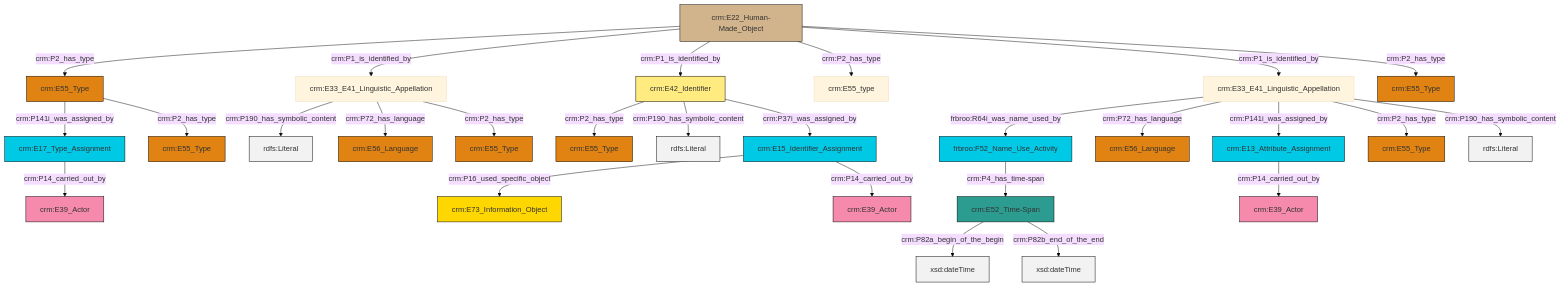
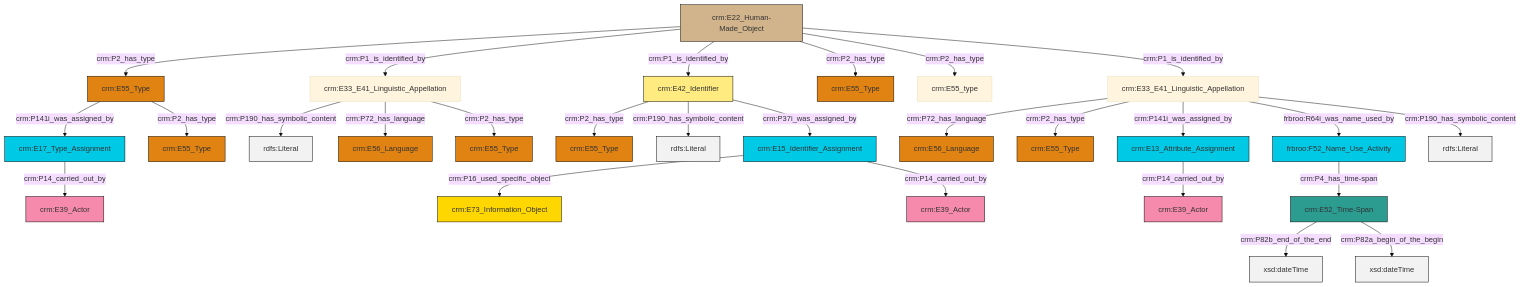
The diagram in et/builtWorkCSV/ttl/mmd/Built_Work_Names.ttl.mmd (swiss-art-research-net/reference-data-models), drawn with Mermaid (base theme) before and after one commit. The commit also changed 127 other files, not shown here.

```diff
--- a/et/builtWorkCSV/ttl/mmd/Built_Work_Names.ttl.mmd
+++ b/et/builtWorkCSV/ttl/mmd/Built_Work_Names.ttl.mmd
@@ -1,41 +1,41 @@
 graph TD
 classDef Literal fill:#f2f2f2,stroke:#000000;
 classDef CRM_Entity fill:#FFFFFF,stroke:#000000;
 classDef Temporal_Entity fill:#00C9E6, stroke:#000000;
 classDef Type fill:#E18312, stroke:#000000;
 classDef Time-Span fill:#2C9C91, stroke:#000000;
 classDef Appellation fill:#FFEB7F, stroke:#000000;
 classDef Place fill:#008836, stroke:#000000;
 classDef Persistent_Item fill:#B266B2, stroke:#000000;
 classDef Conceptual_Object fill:#FFD700, stroke:#000000;
 classDef Physical_Thing fill:#D2B48C, stroke:#000000;
 classDef Actor fill:#f58aad, stroke:#000000;
 classDef PC_Classes fill:#4ce600, stroke:#000000;
 classDef Multi fill:#cccccc,stroke:#000000;
 
-0["crm:E33_E41_Linguistic_Appellation"]:::Default -->|frbroo:R64i_was_name_used_by| 1["frbroo:F52_Name_Use_Activity"]:::Temporal_Entity
-1["frbroo:F52_Name_Use_Activity"]:::Temporal_Entity -->|crm:P4_has_time-span| 4["crm:E52_Time-Span"]:::Time-Span
-5["crm:E13_Attribute_Assignment"]:::Temporal_Entity -->|crm:P14_carried_out_by| 6["crm:E39_Actor"]:::Actor
-0["crm:E33_E41_Linguistic_Appellation"]:::Default -->|crm:P72_has_language| 7["crm:E56_Language"]:::Type
-0["crm:E33_E41_Linguistic_Appellation"]:::Default -->|crm:P141i_was_assigned_by| 5["crm:E13_Attribute_Assignment"]:::Temporal_Entity
-8["crm:E33_E41_Linguistic_Appellation"]:::Default -->|crm:P190_has_symbolic_content| 9[rdfs:Literal]:::Literal
-2["crm:E17_Type_Assignment"]:::Temporal_Entity -->|crm:P14_carried_out_by| 10["crm:E39_Actor"]:::Actor
-11["crm:E22_Human-Made_Object"]:::Physical_Thing -->|crm:P2_has_type| 12["crm:E55_Type"]:::Type
-0["crm:E33_E41_Linguistic_Appellation"]:::Default -->|crm:P2_has_type| 14["crm:E55_Type"]:::Type
-11["crm:E22_Human-Made_Object"]:::Physical_Thing -->|crm:P1_is_identified_by| 8["crm:E33_E41_Linguistic_Appellation"]:::Default
-16["crm:E42_Identifier"]:::Appellation -->|crm:P2_has_type| 17["crm:E55_Type"]:::Type
-11["crm:E22_Human-Made_Object"]:::Physical_Thing -->|crm:P1_is_identified_by| 16["crm:E42_Identifier"]:::Appellation
-18["crm:E15_Identifier_Assignment"]:::Temporal_Entity -->|crm:P16_used_specific_object| 19["crm:E73_Information_Object"]:::Conceptual_Object
-11["crm:E22_Human-Made_Object"]:::Physical_Thing -->|crm:P2_has_type| 23["crm:E55_type"]:::Default
-8["crm:E33_E41_Linguistic_Appellation"]:::Default -->|crm:P72_has_language| 24["crm:E56_Language"]:::Type
-8["crm:E33_E41_Linguistic_Appellation"]:::Default -->|crm:P2_has_type| 26["crm:E55_Type"]:::Type
-18["crm:E15_Identifier_Assignment"]:::Temporal_Entity -->|crm:P14_carried_out_by| 20["crm:E39_Actor"]:::Actor
-16["crm:E42_Identifier"]:::Appellation -->|crm:P190_has_symbolic_content| 30[rdfs:Literal]:::Literal
-11["crm:E22_Human-Made_Object"]:::Physical_Thing -->|crm:P1_is_identified_by| 0["crm:E33_E41_Linguistic_Appellation"]:::Default
-0["crm:E33_E41_Linguistic_Appellation"]:::Default -->|crm:P190_has_symbolic_content| 31[rdfs:Literal]:::Literal
-12["crm:E55_Type"]:::Type -->|crm:P141i_was_assigned_by| 2["crm:E17_Type_Assignment"]:::Temporal_Entity
-12["crm:E55_Type"]:::Type -->|crm:P2_has_type| 34["crm:E55_Type"]:::Type
-4["crm:E52_Time-Span"]:::Time-Span -->|crm:P82a_begin_of_the_begin| 38[xsd:dateTime]:::Literal
-11["crm:E22_Human-Made_Object"]:::Physical_Thing -->|crm:P2_has_type| 39["crm:E55_Type"]:::Type
-4["crm:E52_Time-Span"]:::Time-Span -->|crm:P82b_end_of_the_end| 44[xsd:dateTime]:::Literal
-16["crm:E42_Identifier"]:::Appellation -->|crm:P37i_was_assigned_by| 18["crm:E15_Identifier_Assignment"]:::Temporal_Entity
+0["crm:E22_Human-Made_Object"]:::Physical_Thing -->|crm:P2_has_type| 1["crm:E55_Type"]:::Type
+4["crm:E42_Identifier"]:::Appellation -->|crm:P2_has_type| 5["crm:E55_Type"]:::Type
+12["crm:E33_E41_Linguistic_Appellation"]:::Default -->|crm:P190_has_symbolic_content| 13[rdfs:Literal]:::Literal
+18["crm:E33_E41_Linguistic_Appellation"]:::Default -->|crm:P72_has_language| 19["crm:E56_Language"]:::Type
+0["crm:E22_Human-Made_Object"]:::Physical_Thing -->|crm:P1_is_identified_by| 12["crm:E33_E41_Linguistic_Appellation"]:::Default
+18["crm:E33_E41_Linguistic_Appellation"]:::Default -->|crm:P2_has_type| 20["crm:E55_Type"]:::Type
+12["crm:E33_E41_Linguistic_Appellation"]:::Default -->|crm:P72_has_language| 22["crm:E56_Language"]:::Type
+0["crm:E22_Human-Made_Object"]:::Physical_Thing -->|crm:P1_is_identified_by| 4["crm:E42_Identifier"]:::Appellation
+8["crm:E15_Identifier_Assignment"]:::Temporal_Entity -->|crm:P16_used_specific_object| 23["crm:E73_Information_Object"]:::Conceptual_Object
+0["crm:E22_Human-Made_Object"]:::Physical_Thing -->|crm:P2_has_type| 10["crm:E55_Type"]:::Type
+18["crm:E33_E41_Linguistic_Appellation"]:::Default -->|crm:P141i_was_assigned_by| 25["crm:E13_Attribute_Assignment"]:::Temporal_Entity
+1["crm:E55_Type"]:::Type -->|crm:P141i_was_assigned_by| 2["crm:E17_Type_Assignment"]:::Temporal_Entity
+0["crm:E22_Human-Made_Object"]:::Physical_Thing -->|crm:P2_has_type| 27["crm:E55_type"]:::Default
+28["crm:E52_Time-Span"]:::Time-Span -->|crm:P82b_end_of_the_end| 29[xsd:dateTime]:::Literal
+4["crm:E42_Identifier"]:::Appellation -->|crm:P190_has_symbolic_content| 34[rdfs:Literal]:::Literal
+12["crm:E33_E41_Linguistic_Appellation"]:::Default -->|crm:P2_has_type| 30["crm:E55_Type"]:::Type
+35["frbroo:F52_Name_Use_Activity"]:::Temporal_Entity -->|crm:P4_has_time-span| 28["crm:E52_Time-Span"]:::Time-Span
+8["crm:E15_Identifier_Assignment"]:::Temporal_Entity -->|crm:P14_carried_out_by| 36["crm:E39_Actor"]:::Actor
+0["crm:E22_Human-Made_Object"]:::Physical_Thing -->|crm:P1_is_identified_by| 18["crm:E33_E41_Linguistic_Appellation"]:::Default
+2["crm:E17_Type_Assignment"]:::Temporal_Entity -->|crm:P14_carried_out_by| 32["crm:E39_Actor"]:::Actor
+28["crm:E52_Time-Span"]:::Time-Span -->|crm:P82a_begin_of_the_begin| 40[xsd:dateTime]:::Literal
+4["crm:E42_Identifier"]:::Appellation -->|crm:P37i_was_assigned_by| 8["crm:E15_Identifier_Assignment"]:::Temporal_Entity
+1["crm:E55_Type"]:::Type -->|crm:P2_has_type| 6["crm:E55_Type"]:::Type
+18["crm:E33_E41_Linguistic_Appellation"]:::Default -->|frbroo:R64i_was_name_used_by| 35["frbroo:F52_Name_Use_Activity"]:::Temporal_Entity
+18["crm:E33_E41_Linguistic_Appellation"]:::Default -->|crm:P190_has_symbolic_content| 49[rdfs:Literal]:::Literal
+25["crm:E13_Attribute_Assignment"]:::Temporal_Entity -->|crm:P14_carried_out_by| 14["crm:E39_Actor"]:::Actor
```
